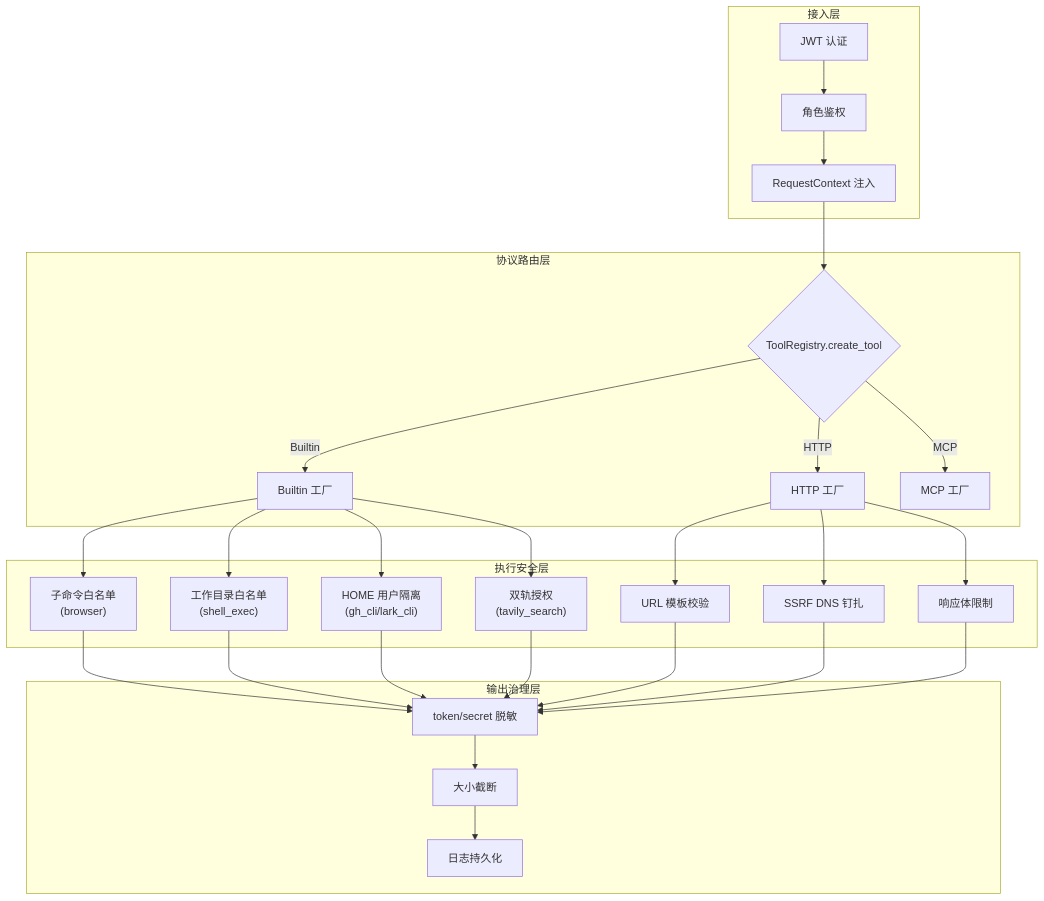
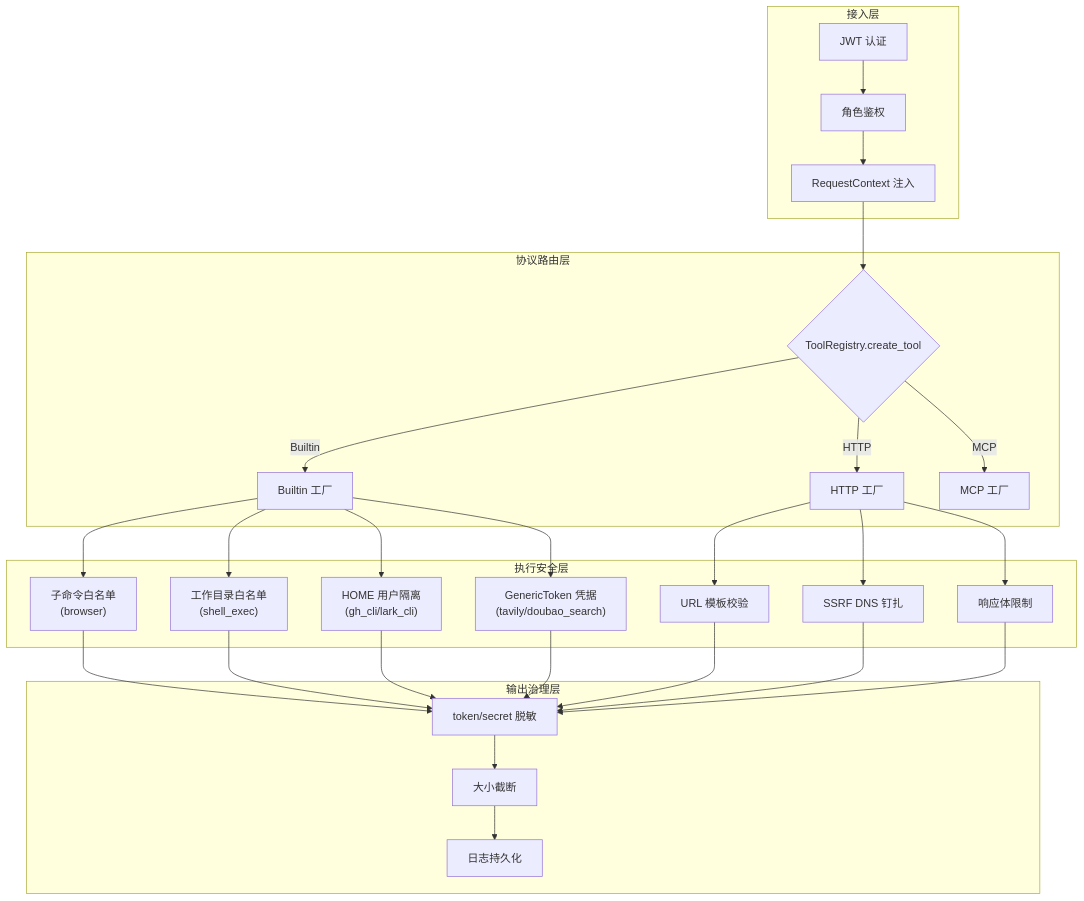
Before and after one commit to runningcoders/ai_orz: the first of 4 diagrams in docs/wiki/zh/content/核心模块/工具与技能/工具系统/工具输出与安全治理.md, drawn with Mermaid. The commit also changed other lines of this file and 5 other files, not shown here.

First line of the commit message:
docs(wiki): 搜索工具 + GenericToken 凭据机制同步 — 长文更新3页 + 知识卡合并3张（含归档0张重复副卡）+ 单向引用与图谱关联对齐（AGENTS §2.1.3 v2.1，豆包搜索/Tavily迁移/GenericToken+platform）

````diff
--- a/docs/wiki/zh/content/核心模块/工具与技能/工具系统/工具输出与安全治理.md
+++ b/docs/wiki/zh/content/核心模块/工具与技能/工具系统/工具输出与安全治理.md
@@ -144,31 +148,31 @@
 ```mermaid
 graph TB
 subgraph "接入层"
 A["JWT 认证"] --> B["角色鉴权"]
 B --> C["RequestContext 注入"]
 end
 
 subgraph "协议路由层"
 C --> D{ToolRegistry.create_tool}
 D -->|Builtin| E["Builtin 工厂"]
 D -->|HTTP| F["HTTP 工厂"]
 D -->|MCP| G["MCP 工厂"]
 end
 
 subgraph "执行安全层"
 E --> E1["子命令白名单<br/>(browser)"]
 E --> E2["工作目录白名单<br/>(shell_exec)"]
 E --> E3["HOME 用户隔离<br/>(gh_cli/lark_cli)"]
-E --> E4["双轨授权<br/>(tavily_search)"]
+E --> E4["GenericToken 凭据<br/>(tavily/doubao_search)"]
 F --> F1["URL 模板校验"]
 F --> F2["SSRF DNS 钉扎"]
 F --> F3["响应体限制"]
 end
 
 subgraph "输出治理层"
 E1 & E2 & E3 & E4 --> O1["token/secret 脱敏"]
 F1 & F2 & F3 --> O1
 O1 --> O2["大小截断"]
 O2 --> O3["日志持久化"]
 end
 ```
````
